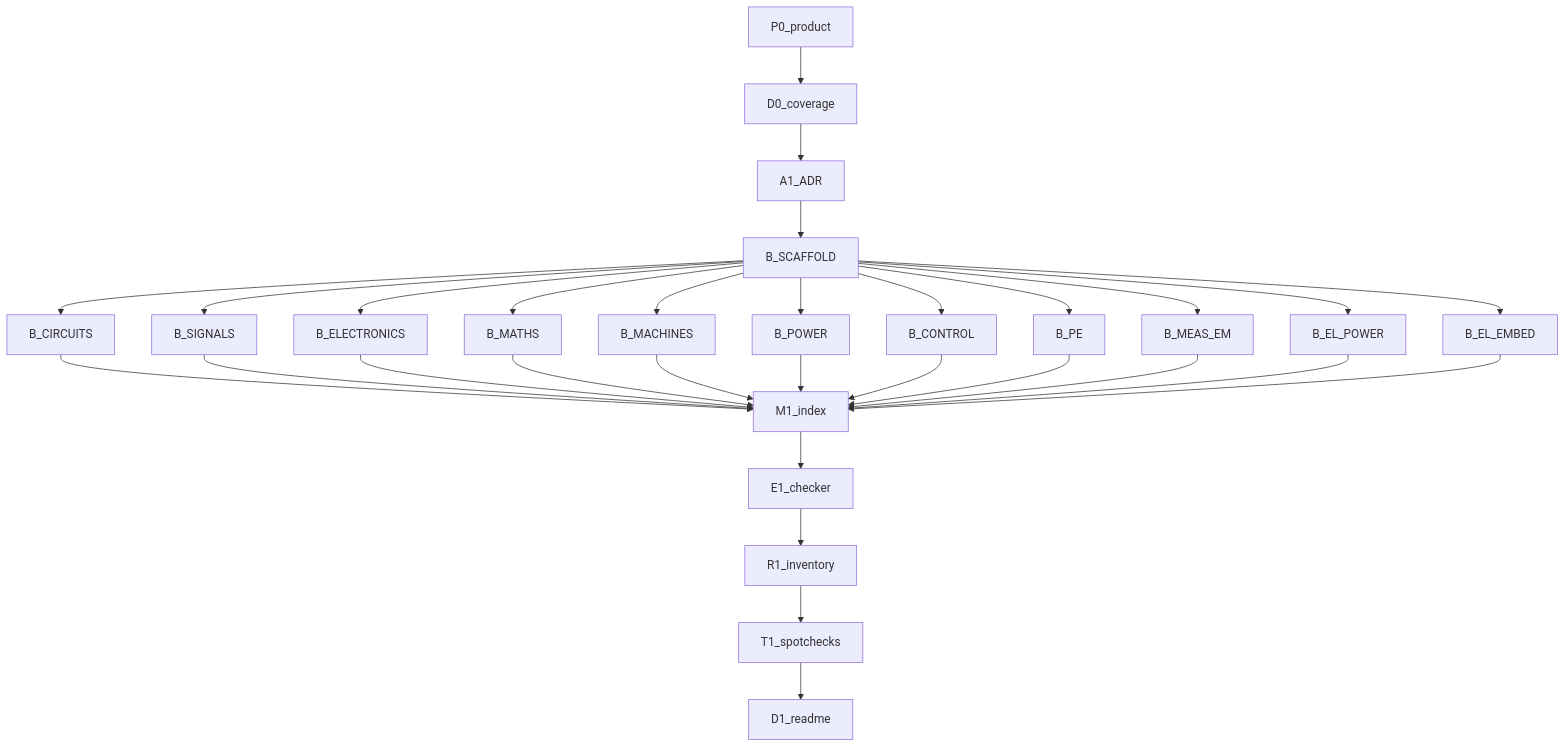
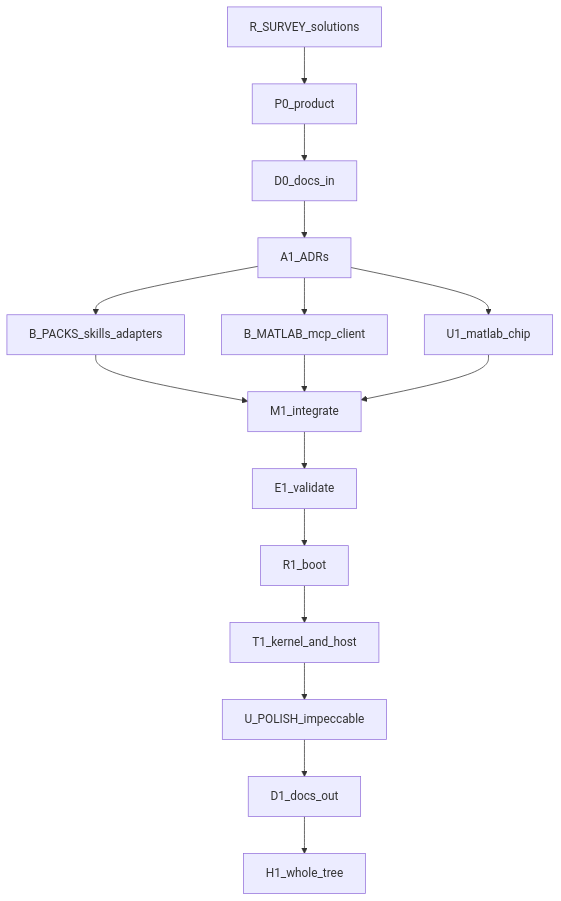
The diagram in LOOP_GRAPH.md (Vinayak-RZ/ARC), drawn with Mermaid before and after one commit. The commit also changed other lines of this file and 34 other files, not shown here.

First line of the commit message:
docs(planning): archive knowledge graph; Gate 0 for skills/MATLAB

````diff
--- a/LOOP_GRAPH.md
+++ b/LOOP_GRAPH.md
@@ -79,32 +75,19 @@
 ```mermaid
 flowchart TB
-  P0[P0_product] --> D0[D0_coverage]
-  D0 --> A1[A1_ADR]
-  A1 --> Sc[B_SCAFFOLD]
-  Sc --> Ckt[B_CIRCUITS]
-  Sc --> Sig[B_SIGNALS]
-  Sc --> Elx[B_ELECTRONICS]
-  Sc --> Math[B_MATHS]
-  Sc --> Mac[B_MACHINES]
-  Sc --> Pwr[B_POWER]
-  Sc --> Ctrl[B_CONTROL]
-  Sc --> PE[B_PE]
-  Sc --> Meas[B_MEAS_EM]
-  Sc --> ElP[B_EL_POWER]
-  Sc --> ElE[B_EL_EMBED]
-  Ckt --> M1[M1_index]
-  Sig --> M1
-  Elx --> M1
-  Math --> M1
-  Mac --> M1
-  Pwr --> M1
-  Ctrl --> M1
-  PE --> M1
-  Meas --> M1
-  ElP --> M1
-  ElE --> M1
-  M1 --> E1[E1_checker]
-  E1 --> R1[R1_inventory]
-  R1 --> T1[T1_spotchecks]
-  T1 --> D1[D1_readme]
+  R_SURVEY[R_SURVEY_solutions]
+  R_SURVEY --> P0[P0_product]
+  P0 --> D0[D0_docs_in]
+  D0 --> A1[A1_ADRs]
+  A1 --> B_PACKS[B_PACKS_skills_adapters]
+  A1 --> B_MATLAB[B_MATLAB_mcp_client]
+  A1 --> U1[U1_matlab_chip]
+  B_PACKS --> M1[M1_integrate]
+  B_MATLAB --> M1
+  U1 --> M1
+  M1 --> E1[E1_validate]
+  E1 --> R1[R1_boot]
+  R1 --> T1[T1_kernel_and_host]
+  T1 --> U_POLISH[U_POLISH_impeccable]
+  U_POLISH --> D1[D1_docs_out]
+  D1 --> H1[H1_whole_tree]
 ```
````
